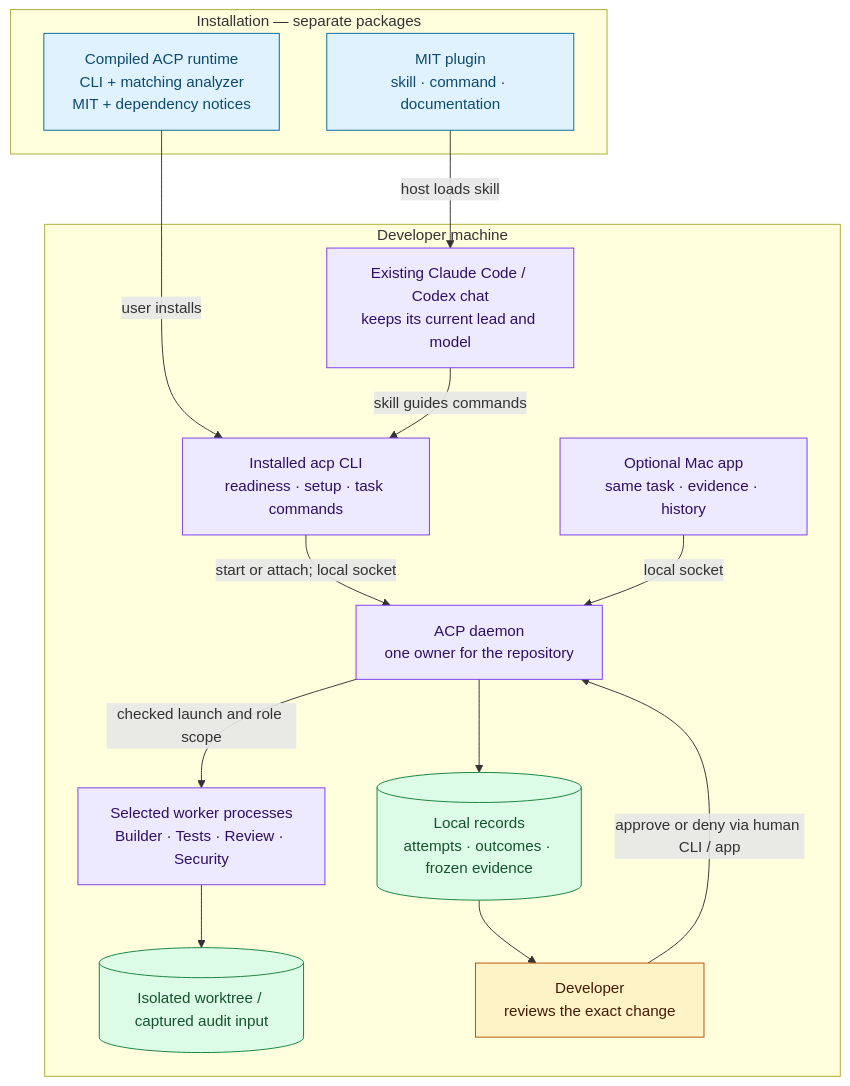
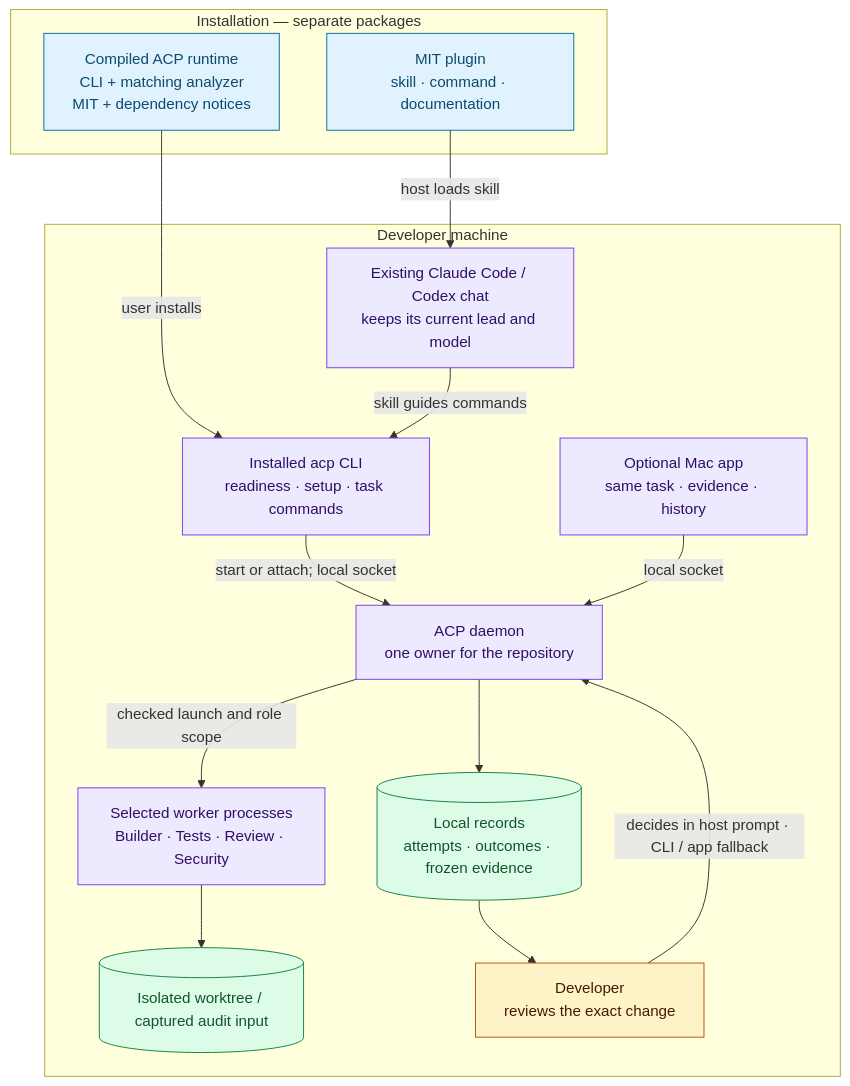
Before and after one commit to Vvlladd/acp-plugin: the first of 2 diagrams in README.md, drawn with Mermaid. The commit also changed other lines of this file and 8 other files, not shown here.

First line of the commit message:
acp: plugin-2-native-human-approval: Host-native human integration confi

````diff
--- a/README.md
+++ b/README.md
@@ -66,35 +66,35 @@
 ```mermaid
 flowchart TB
     subgraph distribution["Installation — separate packages"]
         plugin["MIT plugin<br/>skill · command · documentation"]
         binary["Compiled ACP runtime<br/>CLI + matching analyzer<br/>MIT + dependency notices"]
     end
     subgraph local["Developer machine"]
         host["Existing Claude Code / Codex chat<br/>keeps its current lead and model"]
         cli["Installed acp CLI<br/>readiness · setup · task commands"]
         daemon["ACP daemon<br/>one owner for the repository"]
         app["Optional Mac app<br/>same task · evidence · history"]
         workers["Selected worker processes<br/>Builder · Tests · Review · Security"]
         tree[("Isolated worktree / captured audit input")]
         evidence[("Local records<br/>attempts · outcomes · frozen evidence")]
         human["Developer<br/>reviews the exact change"]
     end
     plugin -->|host loads skill| host
     binary -->|user installs| cli
     host -->|skill guides commands| cli
     cli -->|start or attach; local socket| daemon
     app -->|local socket| daemon
     daemon -->|checked launch and role scope| workers
     workers --> tree
     daemon --> evidence
     evidence --> human
-    human -->|approve or deny via human CLI / app| daemon
+    human -->|decides in host prompt · CLI / app fallback| daemon
     classDef package fill:#e0f2fe,stroke:#0369a1,color:#0c4a6e
     classDef control fill:#ede9fe,stroke:#7c3aed,color:#2e1065
     classDef record fill:#dcfce7,stroke:#15803d,color:#14532d
     classDef decision fill:#fef3c7,stroke:#b45309,color:#451a03
     class plugin,binary package
     class host,cli,daemon,app,workers control
     class tree,evidence record
     class human decision
 ```
````
